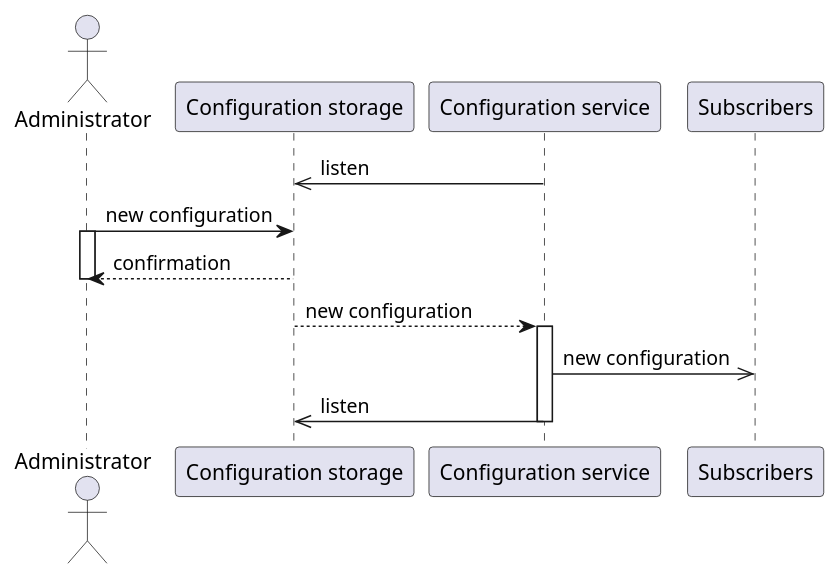
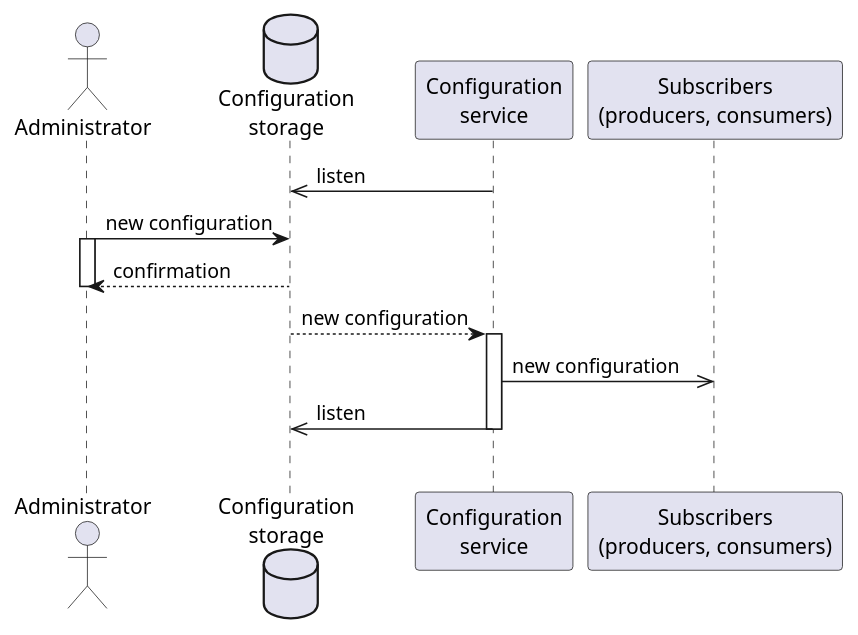
One commit to Rubik0000/kafka-framework-demo changed the diagram in diagrams/AutoReconfiguration.puml. Above: the diagram before and after it, drawn with PlantUML.

Commit message:
update plantuml diagram

```diff
--- a/diagrams/AutoReconfiguration.puml
+++ b/diagrams/AutoReconfiguration.puml
@@ -1,20 +1,22 @@
 @startuml
+skinparam shadowing false
 
 actor Administrator order 1
-participant "Configuration storage" order 2
-participant "Configuration service" order 3
-participant Subscribers order 4
+database "Configuration\nstorage" order 2
+participant "Configuration\nservice" order 3
+participant "Subscribers\n(producers, consumers)" order 4
 
 
-"Configuration service" ->> "Configuration storage": listen
-Administrator -> "Configuration storage": new configuration
+"Configuration\nservice" ->> "Configuration\nstorage": listen
+Administrator -> "Configuration\nstorage": new configuration
 activate Administrator
-"Configuration storage" --> Administrator: confirmation
+"Configuration\nstorage" --> Administrator: confirmation
 deactivate Administrator
-"Configuration storage" --> "Configuration service": new configuration
-activate "Configuration service"
-"Configuration service" ->> Subscribers: new configuration
-"Configuration service" ->> "Configuration storage": listen
-deactivate "Configuration service"
+"Configuration\nstorage" --> "Configuration\nservice": new configuration
+activate "Configuration\nservice"
+"Configuration\nservice" ->> "Subscribers\n(producers, consumers)": new configuration
+"Configuration\nservice" ->> "Configuration\nstorage": listen
+deactivate "Configuration\nservice"
+|||
 
 @enduml
```
